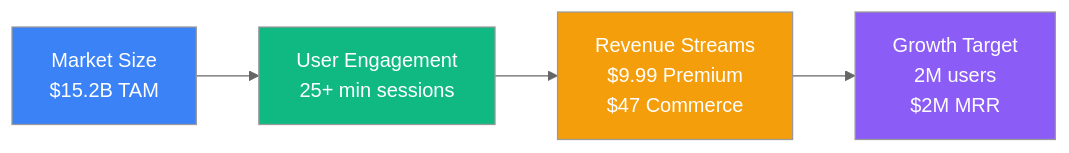
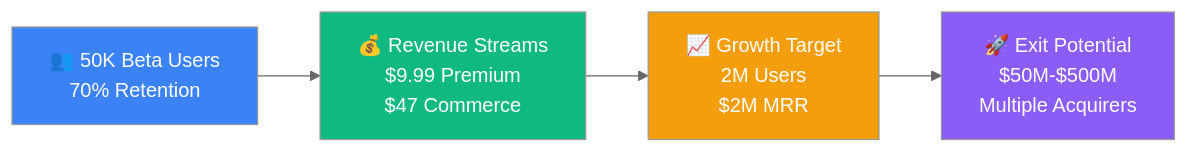
The diagram in docs/index.md (SkaFld-Ignite/ref-u-wireframes), drawn with Mermaid (neutral theme) before and after one commit. The commit also changed other lines of this file and 3 other files, not shown here.

````diff
--- a/docs/index.md
+++ b/docs/index.md
@@ -31,11 +50,11 @@
 ```mermaid
 graph LR
-    A[Market Size<br/>$15.2B TAM] --> B[User Engagement<br/>25+ min sessions]
-    B --> C[Revenue Streams<br/>$9.99 Premium<br/>$47 Commerce]
-    C --> D[Growth Target<br/>2M users<br/>$2M MRR]
+    A[👥 50K Beta Users<br/>70% Retention] --> B[💰 Revenue Streams<br/>$9.99 Premium<br/>$47 Commerce]
+    B --> C[📈 Growth Target<br/>2M Users<br/>$2M MRR]
+    C --> D[🚀 Exit Potential<br/>$50M-$500M<br/>Multiple Acquirers]
     
     style A fill:#3b82f6,color:white
     style B fill:#10b981,color:white
     style C fill:#f59e0b,color:white
     style D fill:#8b5cf6,color:white
 ```
````
